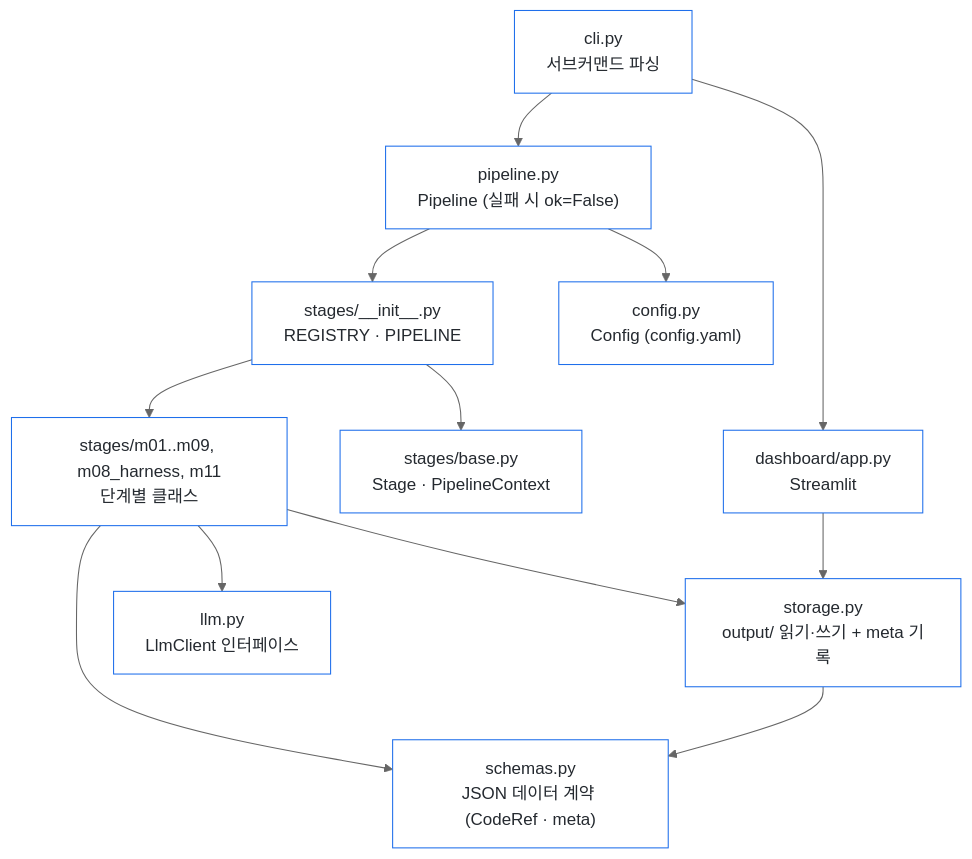
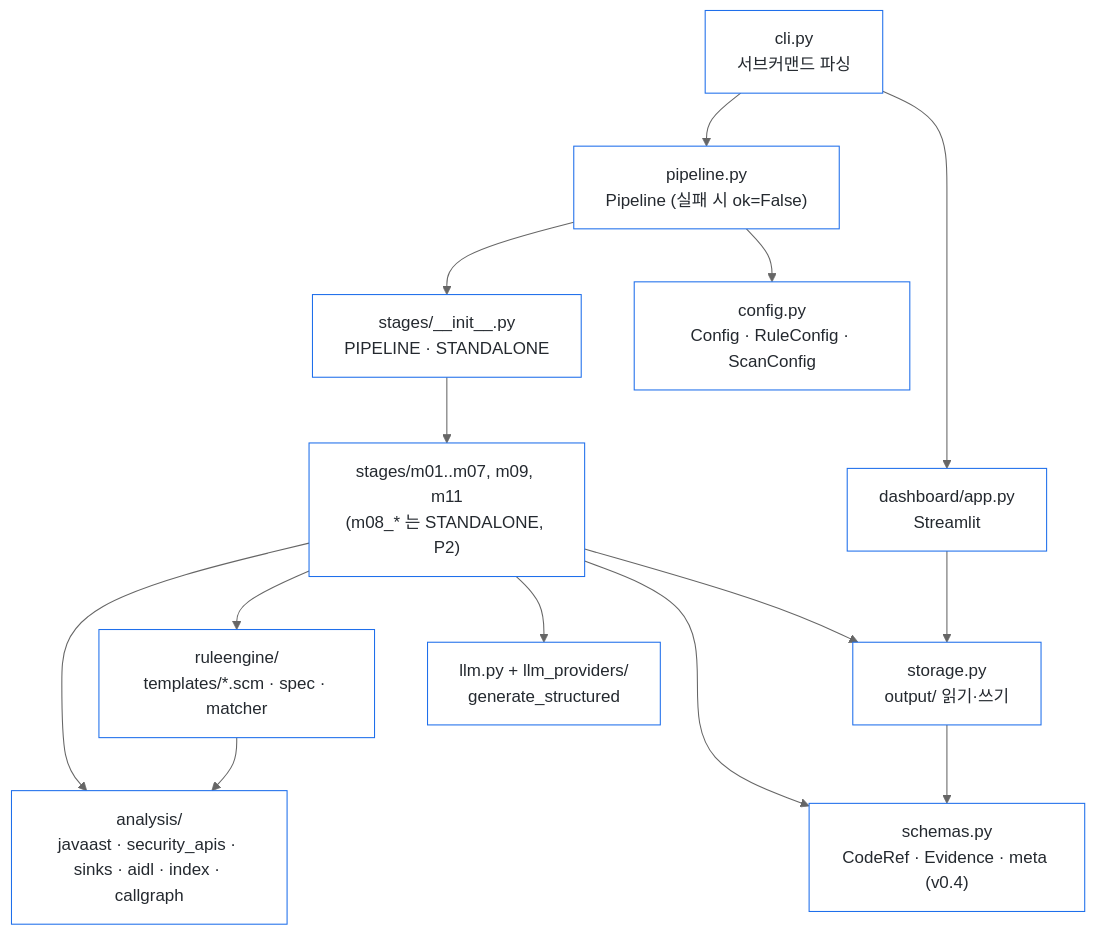
The third of 6 diagrams in docs/architecture.md (meonjalgwi/aosp-1day-pipeline), drawn with Mermaid (neutral theme) before and after one commit. The commit also changed other lines of this file and 1 other file, not shown here.

First line of the commit message:
docs: v2 상세 설계서와 구조도 (기존 PR #20·#30 결정 기준으로 재작성)

````diff
--- a/docs/architecture.md
+++ b/docs/architecture.md
@@ -95,17 +93,19 @@
 ```mermaid
 flowchart TB
     cli["cli.py<br/>서브커맨드 파싱"] --> pipe["pipeline.py<br/>Pipeline (실패 시 ok=False)"]
     cli --> dash["dashboard/app.py<br/>Streamlit"]
-    pipe --> reg["stages/__init__.py<br/>REGISTRY · PIPELINE"]
-    reg --> base["stages/base.py<br/>Stage · PipelineContext"]
-    reg --> stages["stages/m01..m09, m08_harness, m11<br/>단계별 클래스"]
-    stages --> schemas["schemas.py<br/>JSON 데이터 계약 (CodeRef · meta)"]
-    stages --> storage["storage.py<br/>output/ 읽기·쓰기 + meta 기록"]
-    stages --> llm["llm.py<br/>LlmClient 인터페이스"]
+    pipe --> reg["stages/__init__.py<br/>PIPELINE · STANDALONE"]
+    reg --> stages["stages/m01..m07, m09, m11<br/>(m08_* 는 STANDALONE, P2)"]
+    stages --> analysis["analysis/<br/>javaast · security_apis · sinks · aidl · index · callgraph"]
+    stages --> engine["ruleengine/<br/>templates/*.scm · spec · matcher"]
+    engine --> analysis
+    stages --> schemas["schemas.py<br/>CodeRef · Evidence · meta (v0.4)"]
+    stages --> storage["storage.py<br/>output/ 읽기·쓰기"]
+    stages --> llm["llm.py + llm_providers/<br/>generate_structured"]
     storage --> schemas
-    pipe --> cfg["config.py<br/>Config (config.yaml)"]
+    pipe --> cfg["config.py<br/>Config · RuleConfig · ScanConfig"]
     dash --> storage
 
     classDef f fill:#ffffff,stroke:#1f6feb,color:#24292f;
-    class cli,pipe,dash,reg,base,stages,schemas,storage,cfg,llm f;
+    class cli,pipe,dash,reg,stages,analysis,engine,schemas,storage,cfg,llm f;
 ```
````
